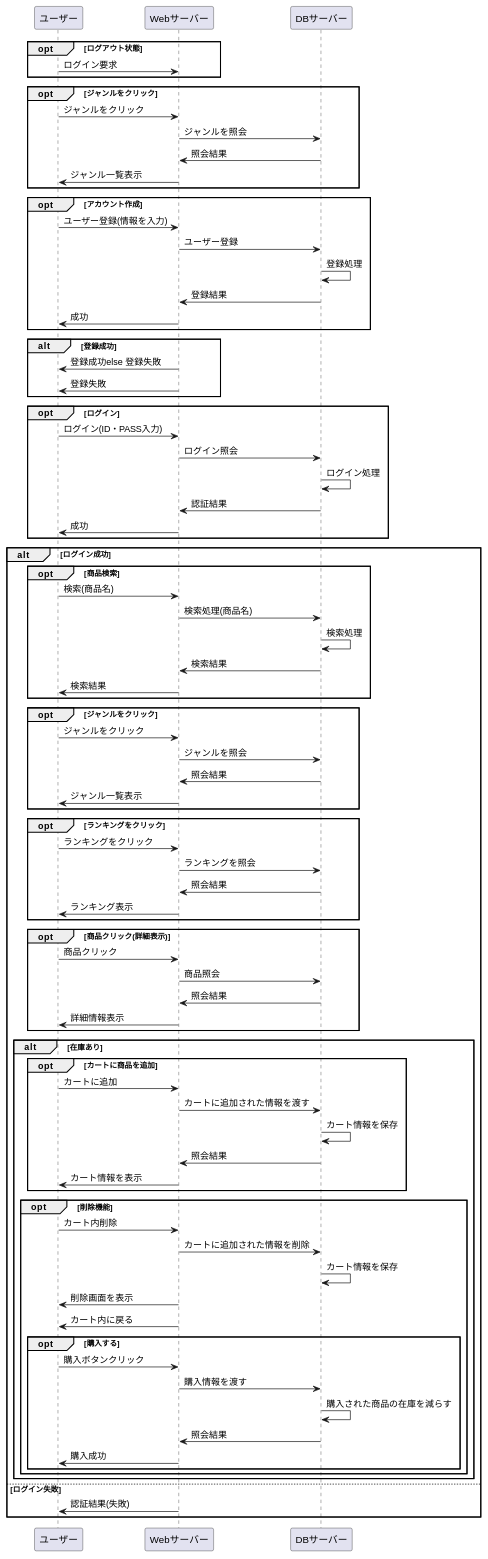
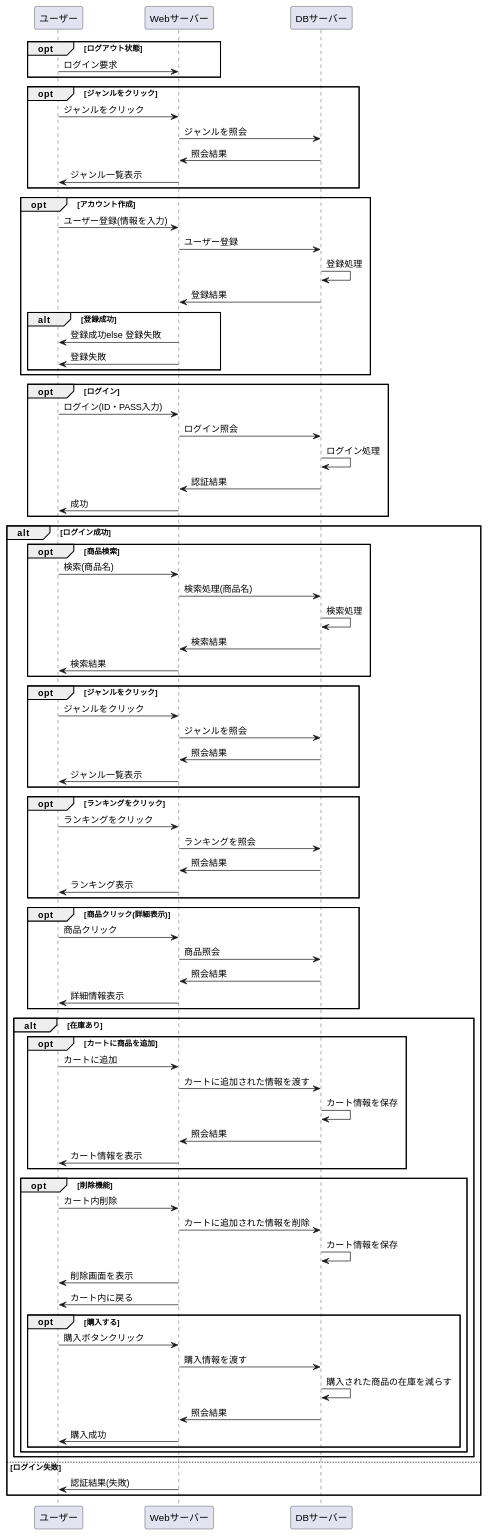
Before and after one commit to Aso2001154/2021sys-design: the diagram in stationary/業務フロー/kari1.md, drawn with PlantUML.

```diff
--- a/stationary/業務フロー/kari1.md
+++ b/stationary/業務フロー/kari1.md
@@ -18,13 +18,13 @@
 Webサーバー -> DBサーバー : ユーザー登録
 DBサーバー -> DBサーバー : 登録処理
 DBサーバー -> Webサーバー : 登録結果
-Webサーバー -> ユーザー : 成功
-end
-
 alt 登録成功
 Webサーバー -> ユーザー : 登録成功else 登録失敗
 Webサーバー -> ユーザー : 登録失敗
 end
+end
+
+
 
 opt ログイン
 ユーザー -> Webサーバー : ログイン(ID・PASS入力)
```
